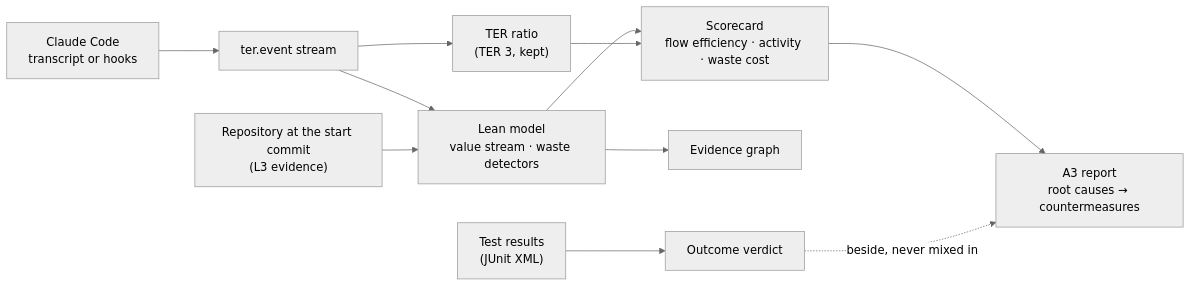
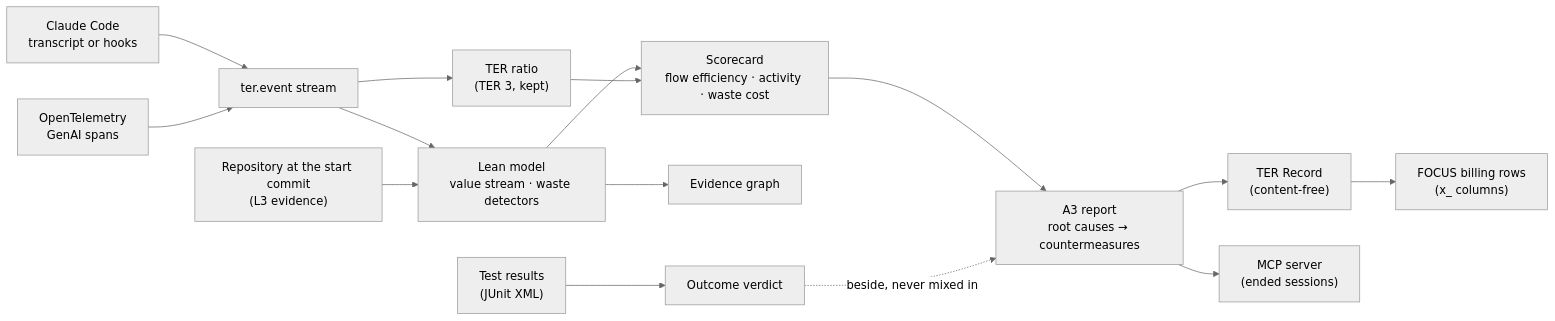
One commit to lgriffin/TER changed the diagram in README.md. Above: the diagram before and after it, drawn with Mermaid (neutral theme). The commit also changed other lines of this file, not shown here.

First line of the commit message:
Bring the README up to the TER Record and the upstream adapters (P204-P211)

````diff
--- a/README.md
+++ b/README.md
@@ -22,13 +22,17 @@
 ```mermaid
 flowchart LR
     S["Claude Code<br/>transcript or hooks"] --> E["ter.event stream"]
+    OT["OpenTelemetry<br/>GenAI spans"] --> E
     E --> T["TER ratio<br/>(TER 3, kept)"]
     O["Test results<br/>(JUnit XML)"] --> V["Outcome verdict"]
     E --> L["Lean model<br/>value stream · waste detectors"]
     R["Repository at the start commit<br/>(L3 evidence)"] --> L
     L --> G["Evidence graph"]
     L --> SC["Scorecard<br/>flow efficiency · activity · waste cost"]
     T --> SC
     SC --> A3["A3 report<br/>root causes → countermeasures"]
     V -. beside, never mixed in .-> A3
+    A3 --> REC["TER Record<br/>(content-free)"]
+    REC --> F["FOCUS billing rows<br/>(x_ columns)"]
+    A3 --> M["MCP server<br/>(ended sessions)"]
 ```
````
